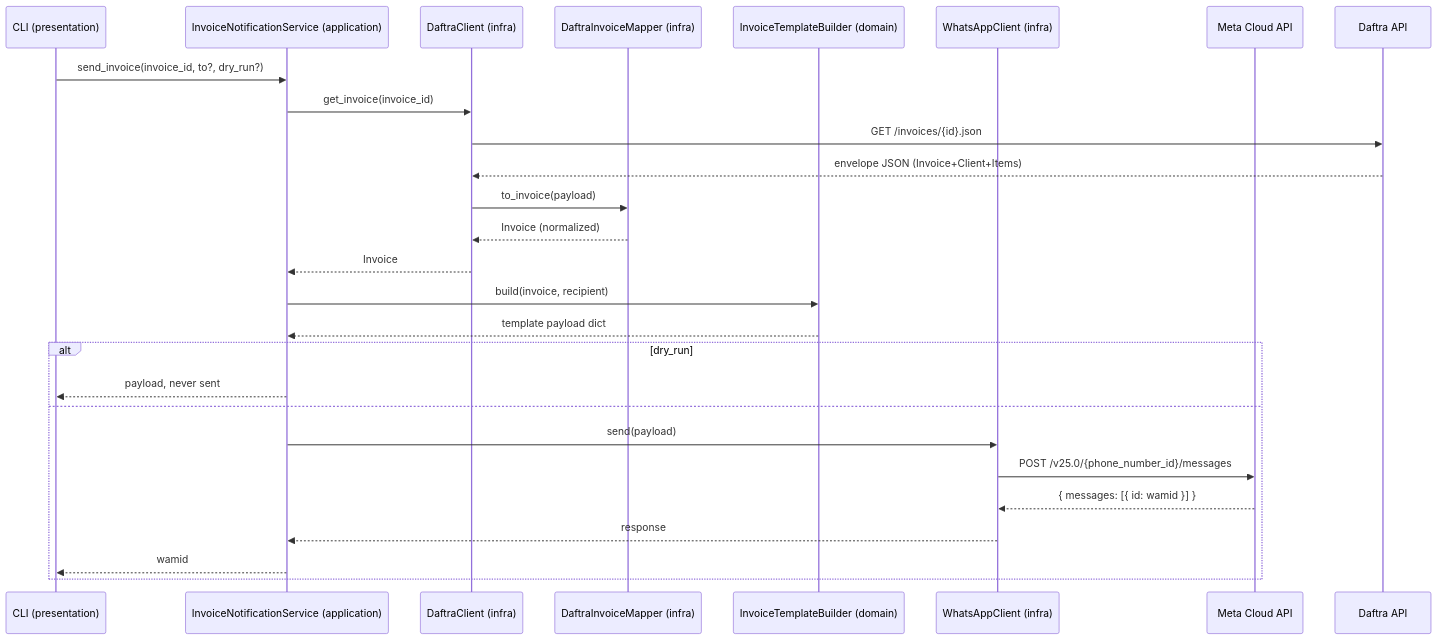
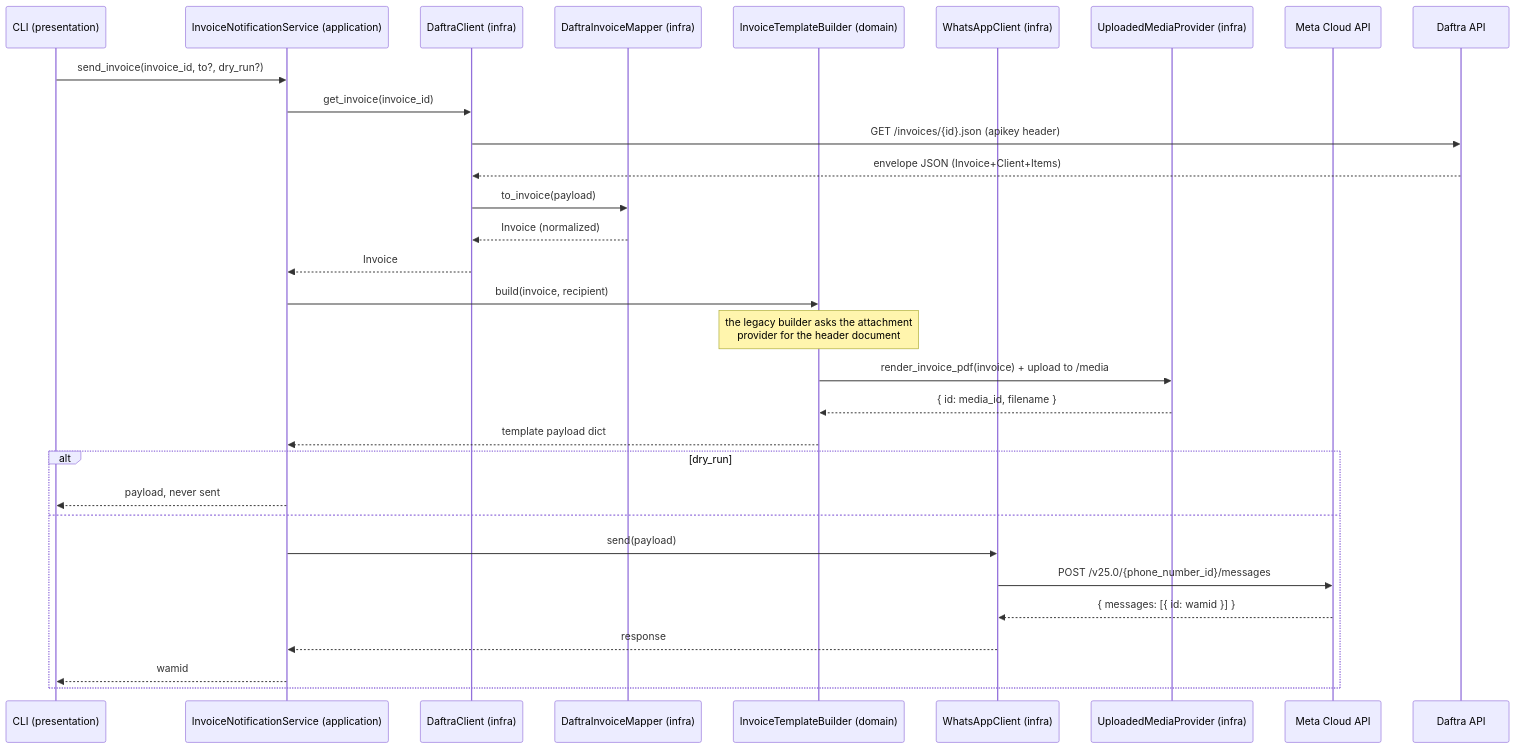
Before and after one commit to lawaty/Aizen-Papers: the second of 3 diagrams in docs/architecture.md, drawn with Mermaid. The commit also changed other lines of this file and 66 other files, not shown here.

````diff
--- a/docs/architecture.md
+++ b/docs/architecture.md
@@ -57,30 +57,34 @@
 ```mermaid
 sequenceDiagram
     participant U as CLI (presentation)
     participant S as InvoiceNotificationService (application)
     participant D as DaftraClient (infra)
     participant M as DaftraInvoiceMapper (infra)
     participant B as InvoiceTemplateBuilder (domain)
     participant W as WhatsAppClient (infra)
+    participant P as UploadedMediaProvider (infra)
     participant META as Meta Cloud API
     participant ERP as Daftra API
 
     U->>S: send_invoice(invoice_id, to?, dry_run?)
     S->>D: get_invoice(invoice_id)
-    D->>ERP: GET /invoices/{id}.json
+    D->>ERP: GET /invoices/{id}.json (apikey header)
     ERP-->>D: envelope JSON (Invoice+Client+Items)
     D->>M: to_invoice(payload)
     M-->>D: Invoice (normalized)
     D-->>S: Invoice
     S->>B: build(invoice, recipient)
+    Note over B: the legacy builder asks the attachment<br/>provider for the header document
+    B->>P: render_invoice_pdf(invoice) + upload to /media
+    P-->>B: { id: media_id, filename }
     B-->>S: template payload dict
     alt dry_run
         S-->>U: payload, never sent
     else
         S->>W: send(payload)
         W->>META: POST /v25.0/{phone_number_id}/messages
         META-->>W: { messages: [{ id: wamid }] }
         W-->>S: response
         S-->>U: wamid
     end
 ```
````
